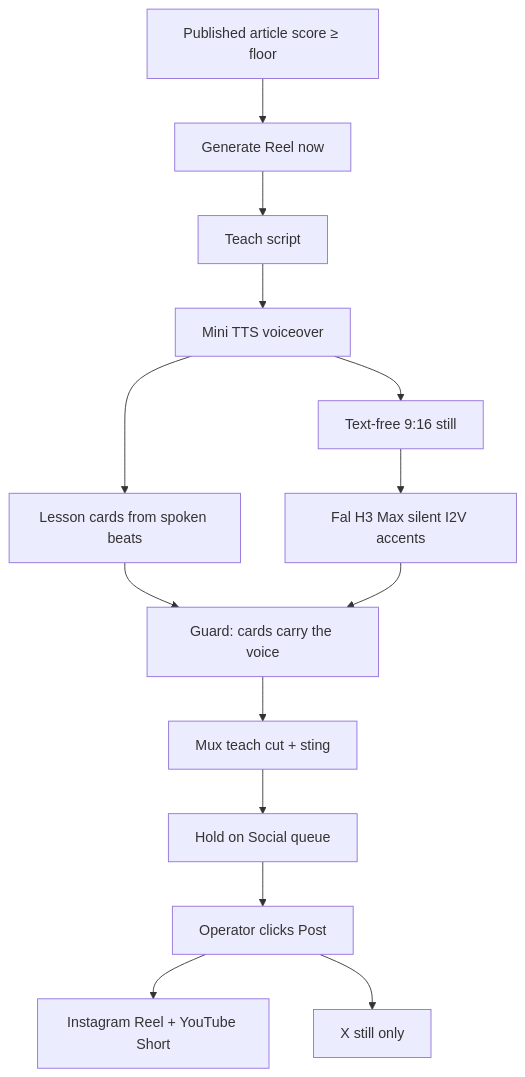
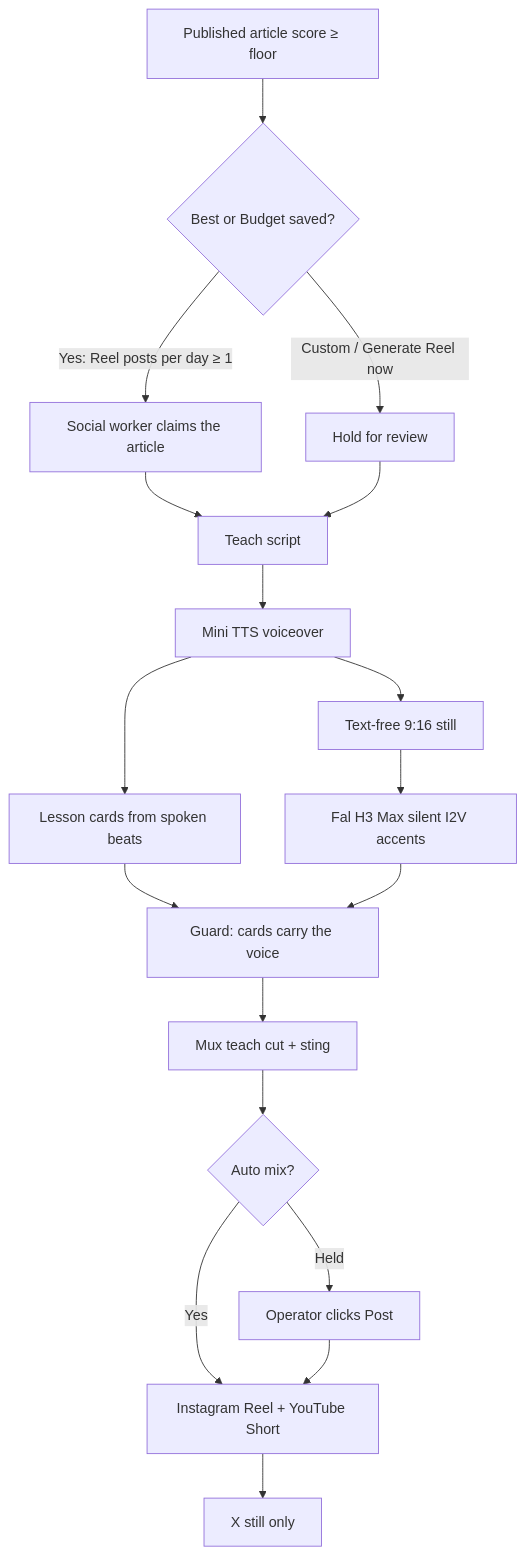
One commit to HaneetGH/technorapper-ai-wire changed the third of 3 diagrams in docs/SOCIAL-DISTRIBUTION-ARCHITECTURE.md. Above: the diagram before and after it, drawn with Mermaid. The commit also changed other lines of this file and 7 other files, not shown here.

First line of the commit message:
Auto-post Instagram Reels on the Best and Budget paths.

````diff
--- a/docs/SOCIAL-DISTRIBUTION-ARCHITECTURE.md
+++ b/docs/SOCIAL-DISTRIBUTION-ARCHITECTURE.md
@@ -118,16 +118,20 @@
 ```mermaid
 flowchart TD
-    A[Published article score ≥ floor] --> B[Generate Reel now]
-    B --> C[Teach script]
-    C --> D[Mini TTS voiceover]
-    D --> E[Lesson cards from spoken beats]
-    D --> F[Text-free 9:16 still]
-    F --> G[Fal H3 Max silent I2V accents]
-    E --> H[Guard: cards carry the voice]
-    G --> H
-    H --> I[Mux teach cut + sting]
-    I --> J[Hold on Social queue]
-    J --> K[Operator clicks Post]
-    K --> L[Instagram Reel + YouTube Short]
-    K --> M[X still only]
+    A[Published article score ≥ floor] --> B{Best or Budget saved?}
+    B -->|Yes: Reel posts per day ≥ 1| C[Social worker claims the article]
+    B -->|Custom / Generate Reel now| D[Hold for review]
+    C --> E[Teach script]
+    D --> E
+    E --> F[Mini TTS voiceover]
+    F --> G[Lesson cards from spoken beats]
+    F --> H[Text-free 9:16 still]
+    H --> I[Fal H3 Max silent I2V accents]
+    G --> J[Guard: cards carry the voice]
+    I --> J
+    J --> K[Mux teach cut + sting]
+    K --> L{Auto mix?}
+    L -->|Yes| M[Instagram Reel + YouTube Short]
+    L -->|Held| N[Operator clicks Post]
+    N --> M
+    M --> O[X still only]
 ```
````
